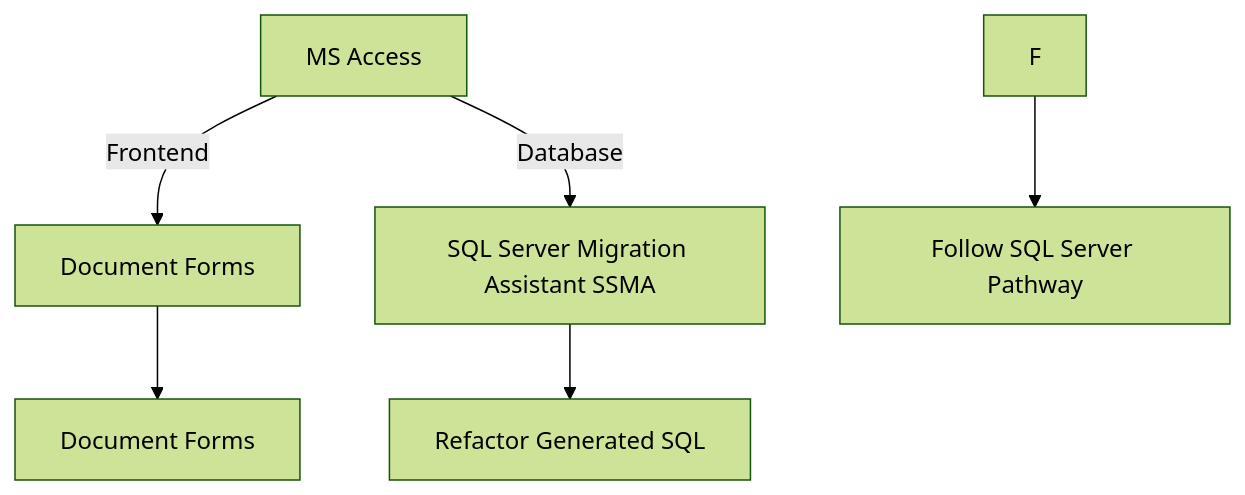
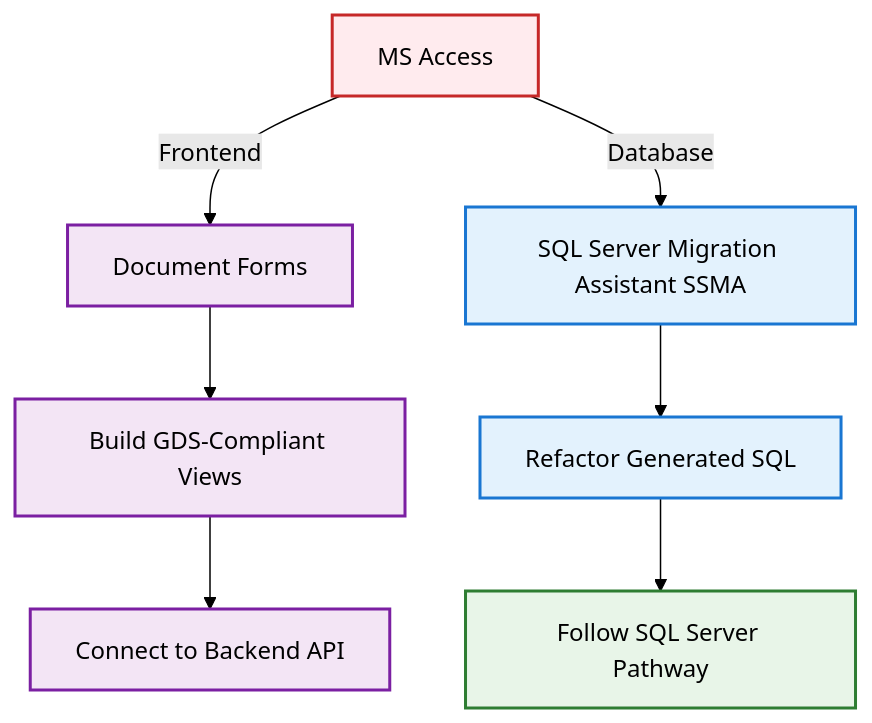
One commit to DEFRA/defra-ai-legacy-modernisation changed the diagram in playbook/pages/pathways/ms-access/README.md. Above: the diagram before and after it, drawn with Mermaid (forest theme). The commit also changed other lines of this file and 42 other files, not shown here.

````diff
--- a/playbook/pages/pathways/ms-access/README.md
+++ b/playbook/pages/pathways/ms-access/README.md
@@ -12,8 +12,19 @@
-```mermaid
+<pre class="mermaid">
 graph TD
     A[MS Access] -->|Frontend| B[Document Forms]
-    B --> C[Document Forms]
+    B --> C[Build GDS-Compliant Views]
+    C --> G[Connect to Backend API]
     A -->|Database| D[SQL Server Migration Assistant SSMA]
     D --> E[Refactor Generated SQL]
-    F --> G[Follow SQL Server Pathway]
-```
+    E --> F[Follow SQL Server Pathway]
+
+    classDef legacy fill:#ffebee,stroke:#c62828,stroke-width:2px
+    classDef frontend fill:#f3e5f5,stroke:#7b1fa2,stroke-width:2px
+    classDef migration fill:#e3f2fd,stroke:#1976d2,stroke-width:2px
+    classDef pathway fill:#e8f5e8,stroke:#2e7d32,stroke-width:2px
+
+    class A legacy
+    class B,C,G frontend
+    class D,E migration
+    class F pathway
+</pre>
````
